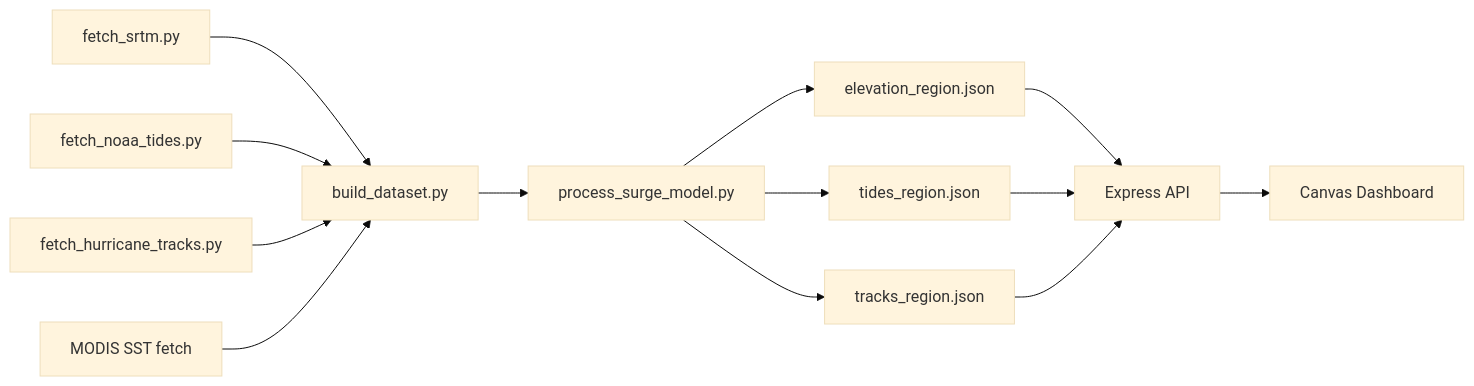
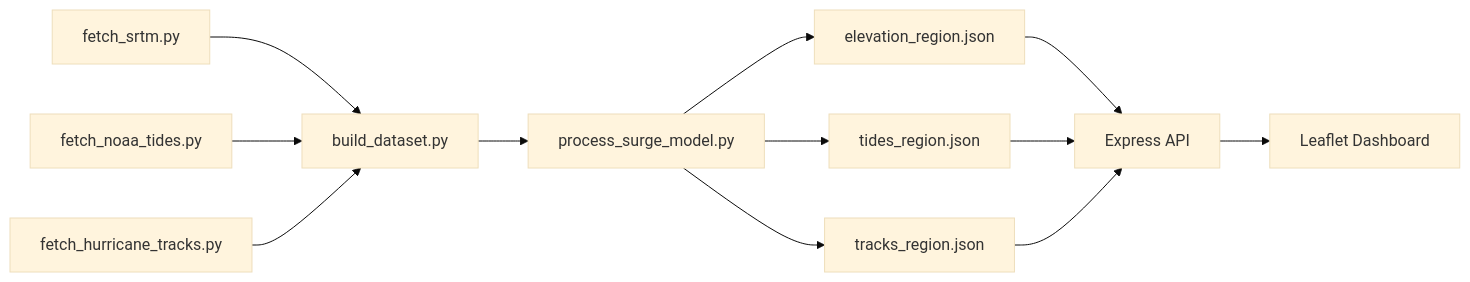
The second of 2 diagrams in docs/TIDEWATCH_Overview.md (Trixx4191/TIDEWATCH), drawn with Mermaid (base theme) before and after one commit. The commit also changed other lines of this file and 18 other files, not shown here.

````diff
--- a/docs/TIDEWATCH_Overview.md
+++ b/docs/TIDEWATCH_Overview.md
@@ -42,13 +39,12 @@
 ```mermaid
 flowchart LR
     A[fetch_srtm.py] --> E[build_dataset.py]
     B[fetch_noaa_tides.py] --> E
     C[fetch_hurricane_tracks.py] --> E
-    D[MODIS SST fetch] --> E
     E --> F[process_surge_model.py]
     F --> G[elevation_region.json]
     F --> H[tides_region.json]
     F --> I[tracks_region.json]
     G & H & I --> J[Express API]
-    J --> K[Canvas Dashboard]
+    J --> K[Leaflet Dashboard]
 ```
````
